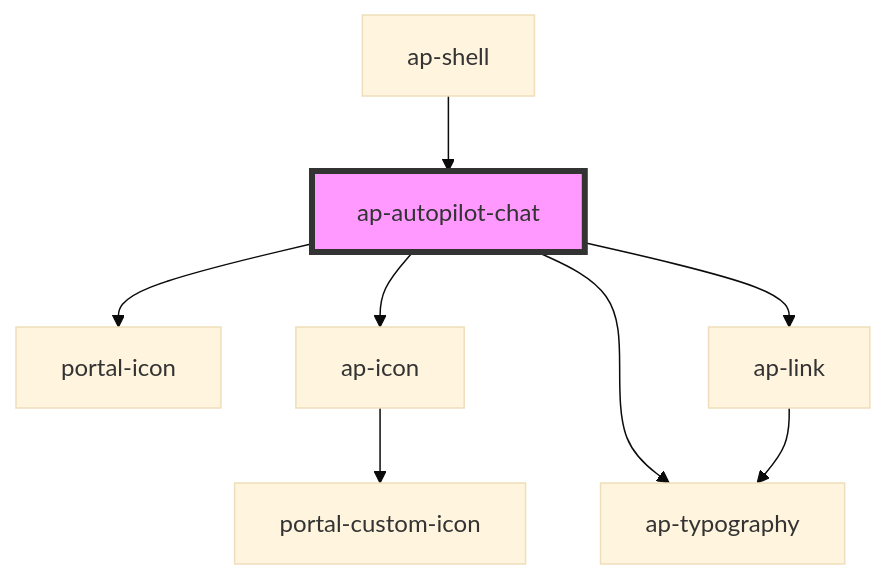
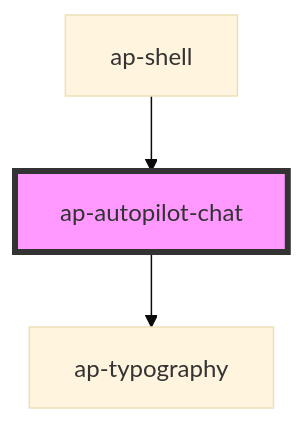
The diagram in packages/apollo-react/src/material/components/ap-chat/readme.md (UiPath/apollo-ui), drawn with Mermaid (base theme) before and after one commit. The commit also changed other lines of this file, not shown here.

````diff
--- a/packages/apollo-react/src/material/components/ap-chat/readme.md
+++ b/packages/apollo-react/src/material/components/ap-chat/readme.md
@@ -22,11 +26,6 @@
 ```mermaid
 graph TD;
-  ap-autopilot-chat --> portal-icon
-  ap-autopilot-chat --> ap-icon
   ap-autopilot-chat --> ap-typography
-  ap-autopilot-chat --> ap-link
-  ap-icon --> portal-custom-icon
-  ap-link --> ap-typography
   ap-shell --> ap-autopilot-chat
   style ap-autopilot-chat fill:#f9f,stroke:#333,stroke-width:4px
 ```
````
